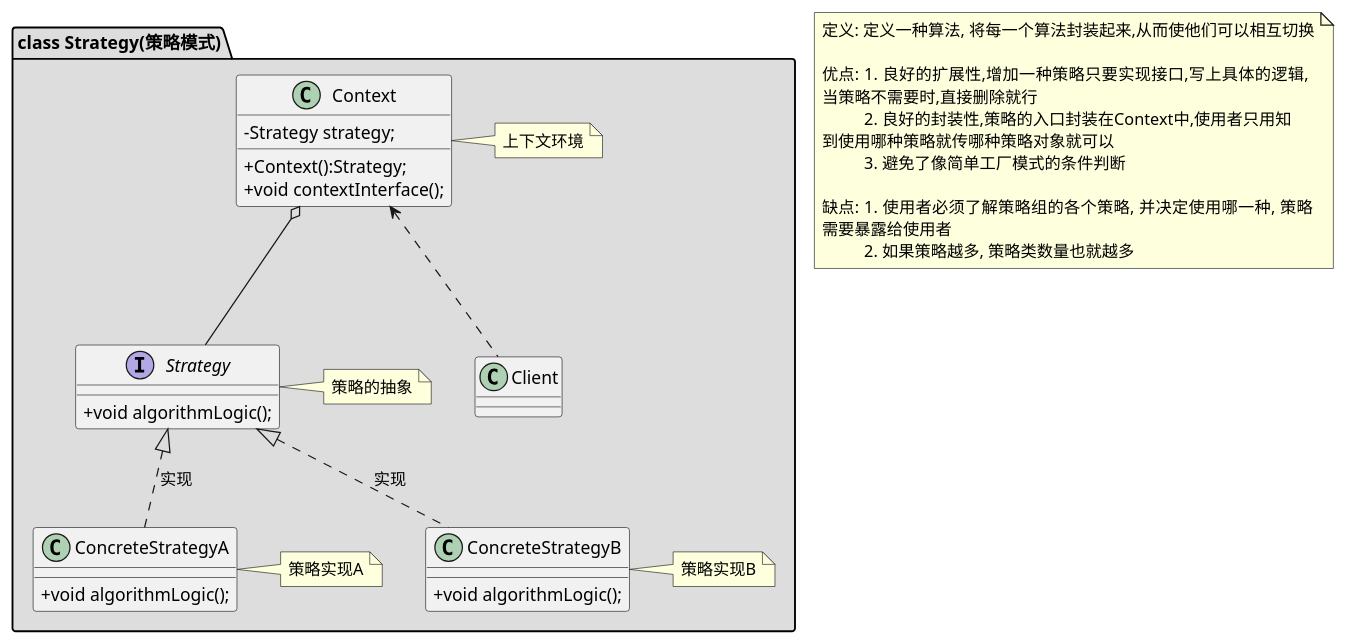
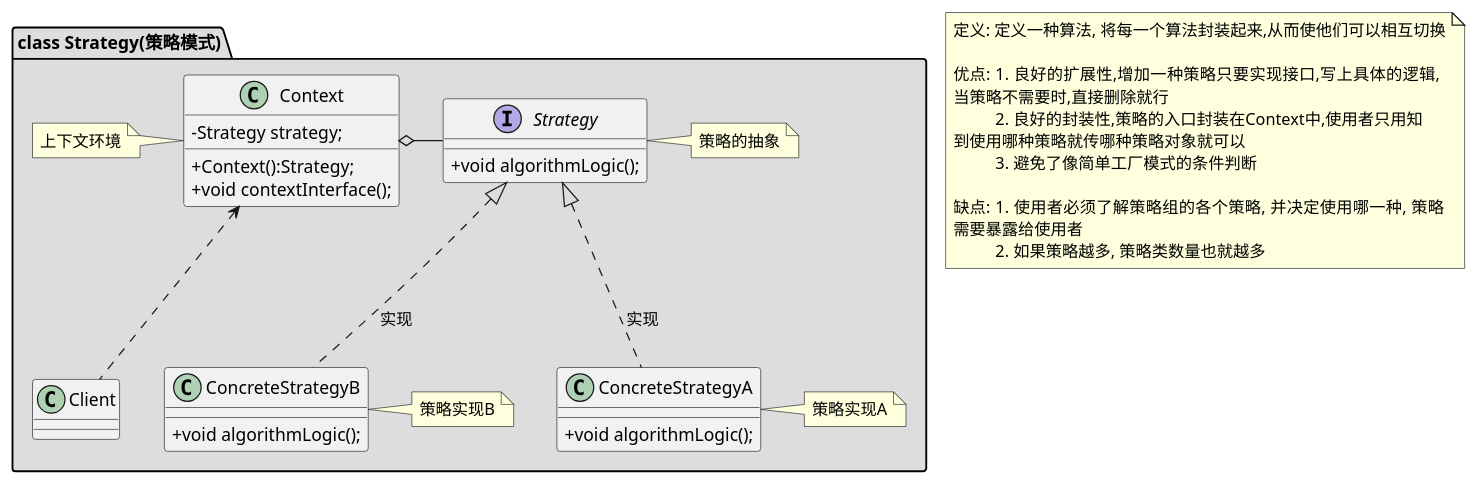
The diagram in src/main/java/design/strategy/Strategy.puml (JinHuan1996/designpatterns), drawn with PlantUML before and after one commit. The commit also changed 9 other files, not shown here.

```diff
--- a/src/main/java/design/strategy/Strategy.puml
+++ b/src/main/java/design/strategy/Strategy.puml
@@ -1,46 +1,46 @@
 @startuml
 skinparam classAttributeIconSize 0
 package "class Strategy(策略模式)" #DDDDDD {
     class Client
 
     class Context {
         -Strategy strategy;
         +Context():Strategy;
         +void contextInterface();
     }
-    note right:上下文环境
+    note left:上下文环境
 
     interface Strategy {
         +void algorithmLogic();
     }
     note right: 策略的抽象
 
     class ConcreteStrategyA {
         +void algorithmLogic();
     }
     note right:策略实现A
 
     class ConcreteStrategyB {
         +void algorithmLogic();
     }
     note right:策略实现B
 
     Context <.. Client
-    Context o-- Strategy
+    Context o- Strategy
     Strategy <|.. ConcreteStrategyA : 实现
     Strategy <|.. ConcreteStrategyB : 实现
 }
 note as N1
-      定义: 定义一种算法, 将每一个算法封装起来,从而使他们可以相互切换
+  定义: 定义一种算法, 将每一个算法封装起来,从而使他们可以相互切换
 
-      优点:   1. 良好的扩展性,增加一种策略只要实现接口,写上具体的逻辑,
-      当策略不需要时,直接删除就行
-                2. 良好的封装性,策略的入口封装在Context中,使用者只用知
-      到使用哪种策略就传哪种策略对象就可以
-                3. 避免了像简单工厂模式的条件判断
+  优点:   1. 良好的扩展性,增加一种策略只要实现接口,写上具体的逻辑,
+  当策略不需要时,直接删除就行
+            2. 良好的封装性,策略的入口封装在Context中,使用者只用知
+  到使用哪种策略就传哪种策略对象就可以
+            3. 避免了像简单工厂模式的条件判断
 
-      缺点:   1. 使用者必须了解策略组的各个策略, 并决定使用哪一种, 策略
-      需要暴露给使用者
-                2. 如果策略越多, 策略类数量也就越多
-    end note
+  缺点:   1. 使用者必须了解策略组的各个策略, 并决定使用哪一种, 策略
+  需要暴露给使用者
+            2. 如果策略越多, 策略类数量也就越多
+end note
 @enduml
```
